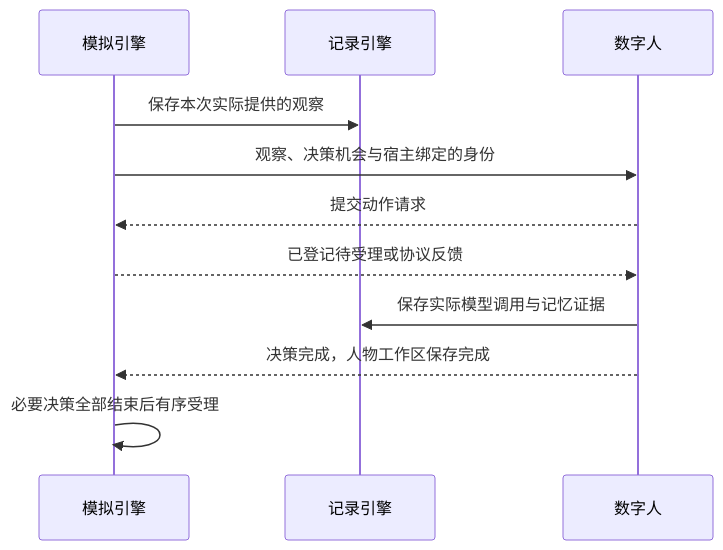
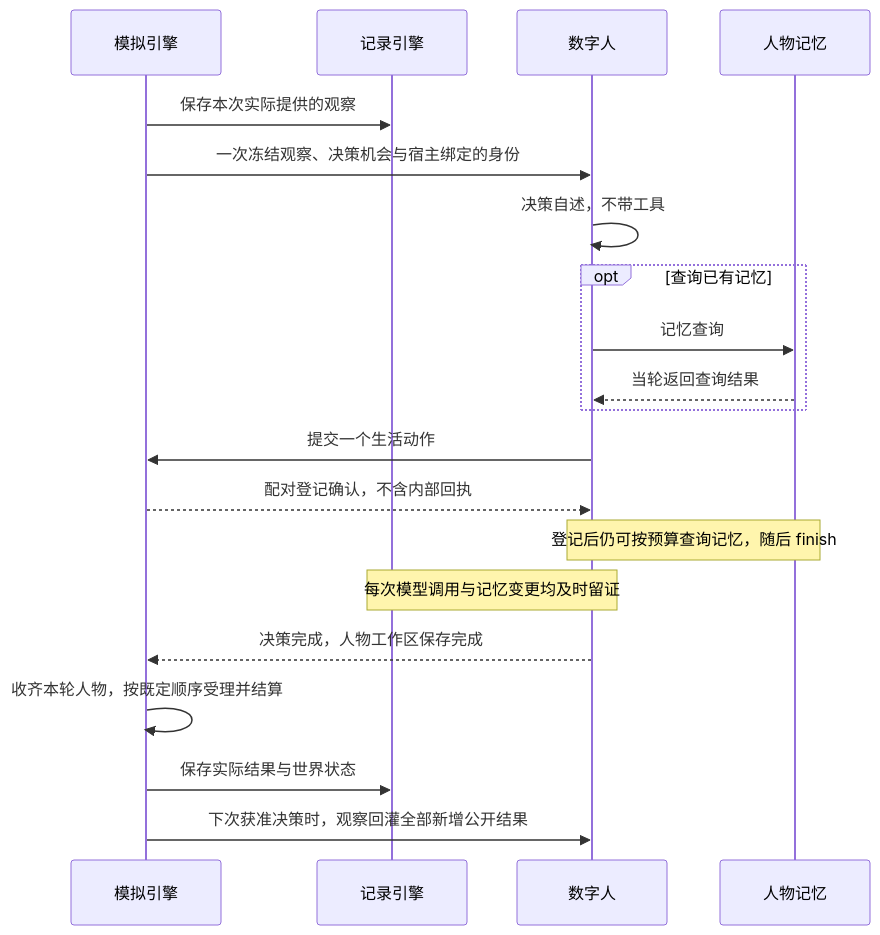
One commit to HoldThatThgt/WorldMock changed the fourth of 9 diagrams in docs/design/04-simulation-engine.md. Above: the diagram before and after it, drawn with Mermaid. The commit also changed other lines of this file, not shown here.

````diff
--- a/docs/design/04-simulation-engine.md
+++ b/docs/design/04-simulation-engine.md
@@ -151,13 +192,22 @@
 ```mermaid
 sequenceDiagram
     participant S as 模拟引擎
     participant R as 记录引擎
     participant A as 数字人
+    participant M as 人物记忆
     S->>R: 保存本次实际提供的观察
-    S->>A: 观察、决策机会与宿主绑定的身份
-    A-->>S: 提交动作请求
-    S-->>A: 已登记待受理或协议反馈
-    A->>R: 保存实际模型调用与记忆证据
+    S->>A: 一次冻结观察、决策机会与宿主绑定的身份
+    A->>A: 决策自述，不带工具
+    opt 查询已有记忆
+        A->>M: 记忆查询
+        M-->>A: 当轮返回查询结果
+    end
+    A->>S: 提交一个生活动作
+    S-->>A: 配对登记确认，不含内部回执
+    Note over A,M: 登记后仍可按预算查询记忆，随后 finish
+    Note over A,R: 每次模型调用与记忆变更均及时留证
     A-->>S: 决策完成，人物工作区保存完成
-    S->>S: 必要决策全部结束后有序受理
+    S->>S: 收齐本轮人物，按既定顺序受理并结算
+    S->>R: 保存实际结果与世界状态
+    S->>A: 下次获准决策时，观察回灌全部新增公开结果
 ```
````
